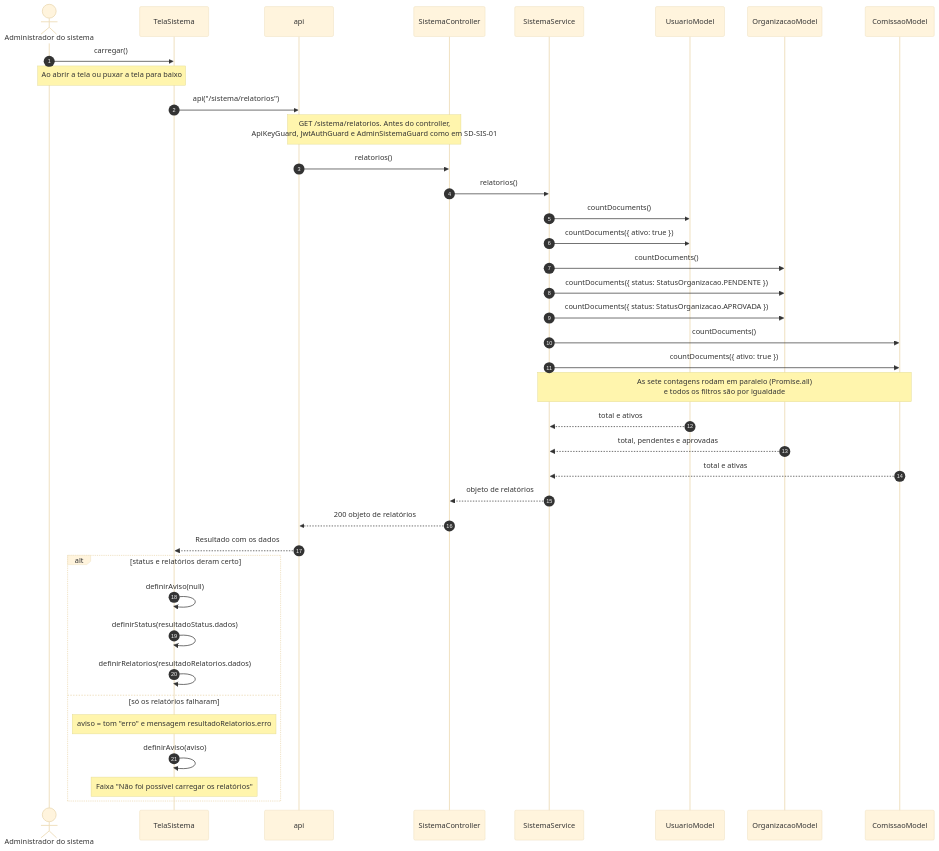
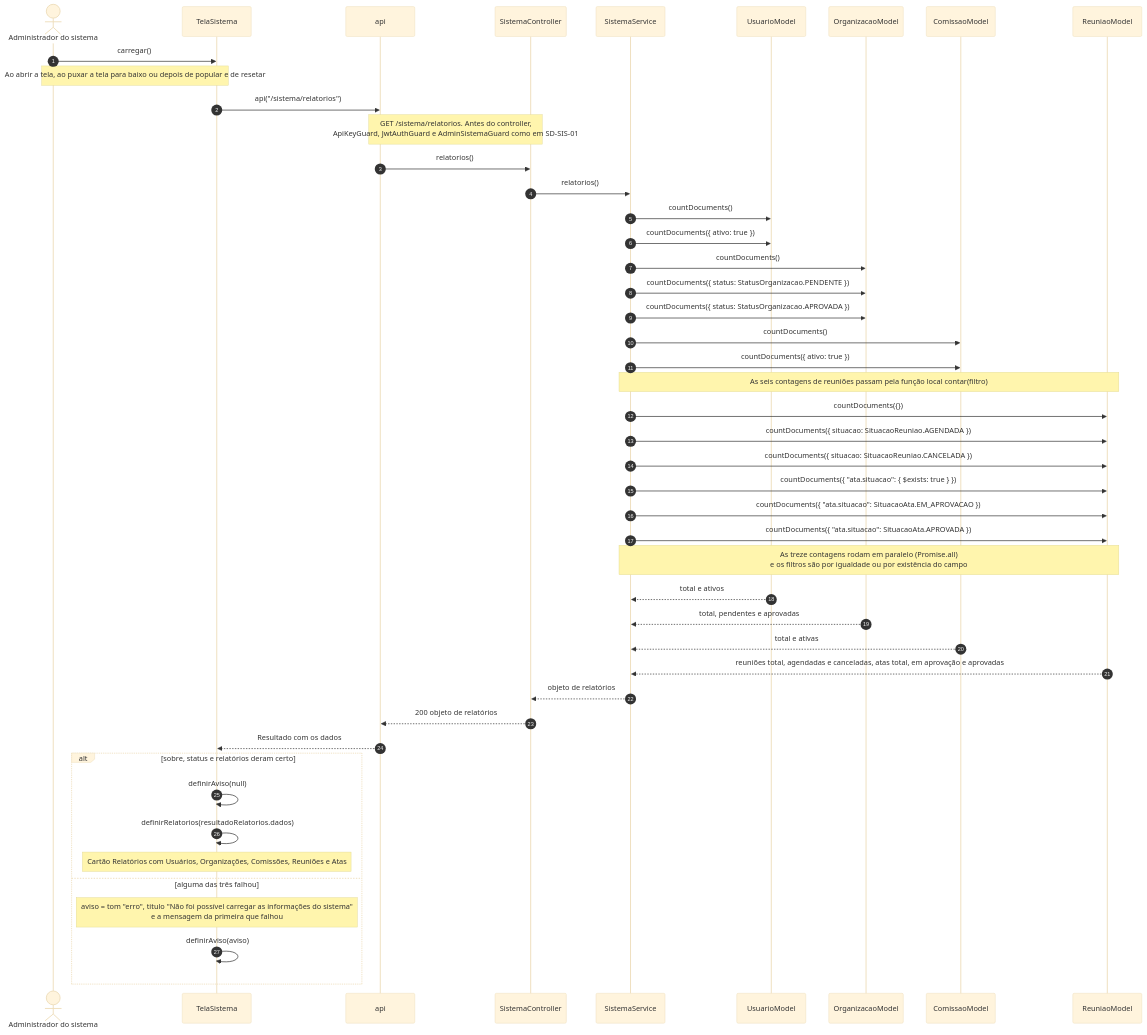
Before and after one commit to Conecta-IFSP/DOCUMENTATION: the second of 5 diagrams in 2 - Incremento1/informacao-sistemas/6 - diagramas-sequencia-informacao-sistemas.md, drawn with Mermaid (base theme). The commit also changed other lines of this file and 12 other files, not shown here.

Commit message:
Documenta Informações do Sistema na versão do Ruan

````diff
--- a/2 - Incremento1/informacao-sistemas/6 - diagramas-sequencia-informacao-sistemas.md
+++ b/2 - Incremento1/informacao-sistemas/6 - diagramas-sequencia-informacao-sistemas.md
@@ -91,41 +109,49 @@
 ```mermaid
 sequenceDiagram
     autonumber
     actor U as Administrador do sistema
     participant T as TelaSistema
     participant A as api
     participant C as SistemaController
     participant S as SistemaService
     participant MU as UsuarioModel
     participant MO as OrganizacaoModel
     participant MC as ComissaoModel
+    participant MR as ReuniaoModel
     U->>T: carregar()
-    Note over U,T: Ao abrir a tela ou puxar a tela para baixo
+    Note over U,T: Ao abrir a tela, ao puxar a tela para baixo ou depois de popular e de resetar
     T->>A: api("/sistema/relatorios")
     Note over A,C: GET /sistema/relatorios. Antes do controller,<br/>ApiKeyGuard, JwtAuthGuard e AdminSistemaGuard como em SD-SIS-01
     A->>C: relatorios()
     C->>S: relatorios()
     S->>MU: countDocuments()
     S->>MU: countDocuments({ ativo: true })
     S->>MO: countDocuments()
     S->>MO: countDocuments({ status: StatusOrganizacao.PENDENTE })
     S->>MO: countDocuments({ status: StatusOrganizacao.APROVADA })
     S->>MC: countDocuments()
     S->>MC: countDocuments({ ativo: true })
-    Note over S,MC: As sete contagens rodam em paralelo (Promise.all)<br/>e todos os filtros são por igualdade
+    Note over S,MR: As seis contagens de reuniões passam pela função local contar(filtro)
+    S->>MR: countDocuments({})
+    S->>MR: countDocuments({ situacao: SituacaoReuniao.AGENDADA })
+    S->>MR: countDocuments({ situacao: SituacaoReuniao.CANCELADA })
+    S->>MR: countDocuments({ "ata.situacao": { $exists: true } })
+    S->>MR: countDocuments({ "ata.situacao": SituacaoAta.EM_APROVACAO })
+    S->>MR: countDocuments({ "ata.situacao": SituacaoAta.APROVADA })
+    Note over S,MR: As treze contagens rodam em paralelo (Promise.all)<br/>e os filtros são por igualdade ou por existência do campo
     MU-->>S: total e ativos
     MO-->>S: total, pendentes e aprovadas
     MC-->>S: total e ativas
+    MR-->>S: reuniões total, agendadas e canceladas, atas total, em aprovação e aprovadas
     S-->>C: objeto de relatórios
     C-->>A: 200 objeto de relatórios
     A-->>T: Resultado com os dados
-    alt status e relatórios deram certo
+    alt sobre, status e relatórios deram certo
         T->>T: definirAviso(null)
-        T->>T: definirStatus(resultadoStatus.dados)
         T->>T: definirRelatorios(resultadoRelatorios.dados)
-    else só os relatórios falharam
-        Note over T: aviso = tom "erro" e mensagem resultadoRelatorios.erro
+        Note over T: Cartão Relatórios com Usuários, Organizações, Comissões, Reuniões e Atas
+    else alguma das três falhou
+        Note over T: aviso = tom "erro", titulo "Não foi possível carregar as informações do sistema"<br/>e a mensagem da primeira que falhou
         T->>T: definirAviso(aviso)
-        Note over T: Faixa "Não foi possível carregar os relatórios"
     end
 ```
````
